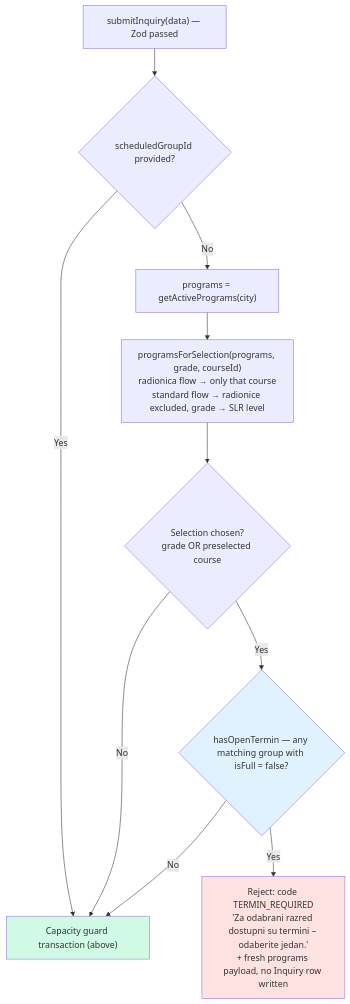
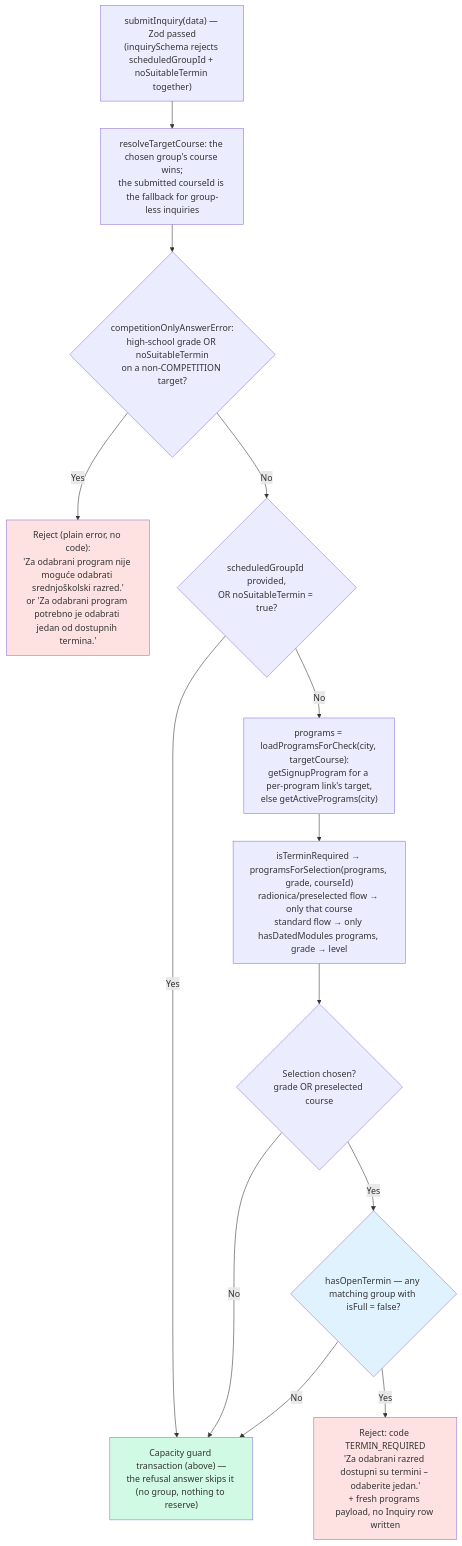
The sixth of 15 diagrams in docs/diagrams/enrollment-rules.md (jpucic00/inovatic), drawn with Mermaid before and after one commit. The commit also changed other lines of this file and 7 other files, not shown here.

````diff
--- a/docs/diagrams/enrollment-rules.md
+++ b/docs/diagrams/enrollment-rules.md
@@ -215,16 +224,20 @@
 ```mermaid
 flowchart TD
-    A["submitInquiry(data) — Zod passed"] --> B{scheduledGroupId provided?}
-    B -->|Yes| TX["Capacity guard transaction (above)"]
-    B -->|No| C["programs = getActivePrograms(city)"]
-    C --> D["programsForSelection(programs, grade, courseId)<br/>radionica flow → only that course<br/>standard flow → radionice excluded, grade → SLR level"]
+    A["submitInquiry(data) — Zod passed<br/>(inquirySchema rejects scheduledGroupId + noSuitableTermin together)"] --> RT["resolveTargetCourse: the chosen group's course wins;<br/>the submitted courseId is the fallback for group-less inquiries"]
+    RT --> G1{"competitionOnlyAnswerError:<br/>high-school grade OR noSuitableTermin<br/>on a non-COMPETITION target?"}
+    G1 -->|Yes| GERR["Reject (plain error, no code):<br/>'Za odabrani program nije moguće odabrati srednjoškolski razred.'<br/>or 'Za odabrani program potrebno je odabrati jedan od dostupnih termina.'"]
+    G1 -->|No| B{"scheduledGroupId provided,<br/>OR noSuitableTermin = true?"}
+    B -->|Yes| TX["Capacity guard transaction (above) —<br/>the refusal answer skips it (no group, nothing to reserve)"]
+    B -->|No| C["programs = loadProgramsForCheck(city, targetCourse):<br/>getSignupProgram for a per-program link's target,<br/>else getActivePrograms(city)"]
+    C --> D["isTerminRequired → programsForSelection(programs, grade, courseId)<br/>radionica/preselected flow → only that course<br/>standard flow → only hasDatedModules programs, grade → level"]
     D --> E{"Selection chosen?<br/>grade OR preselected course"}
     E -->|No| TX
     E -->|Yes| F{"hasOpenTermin — any matching group with isFull = false?"}
     F -->|No| TX
     F -->|Yes| ERR["Reject: code TERMIN_REQUIRED<br/>'Za odabrani razred dostupni su termini – odaberite jedan.'<br/>+ fresh programs payload, no Inquiry row written"]
 
     style ERR fill:#fee2e2
+    style GERR fill:#fee2e2
     style TX fill:#d1fae5
     style F fill:#e0f2fe
 ```
````
